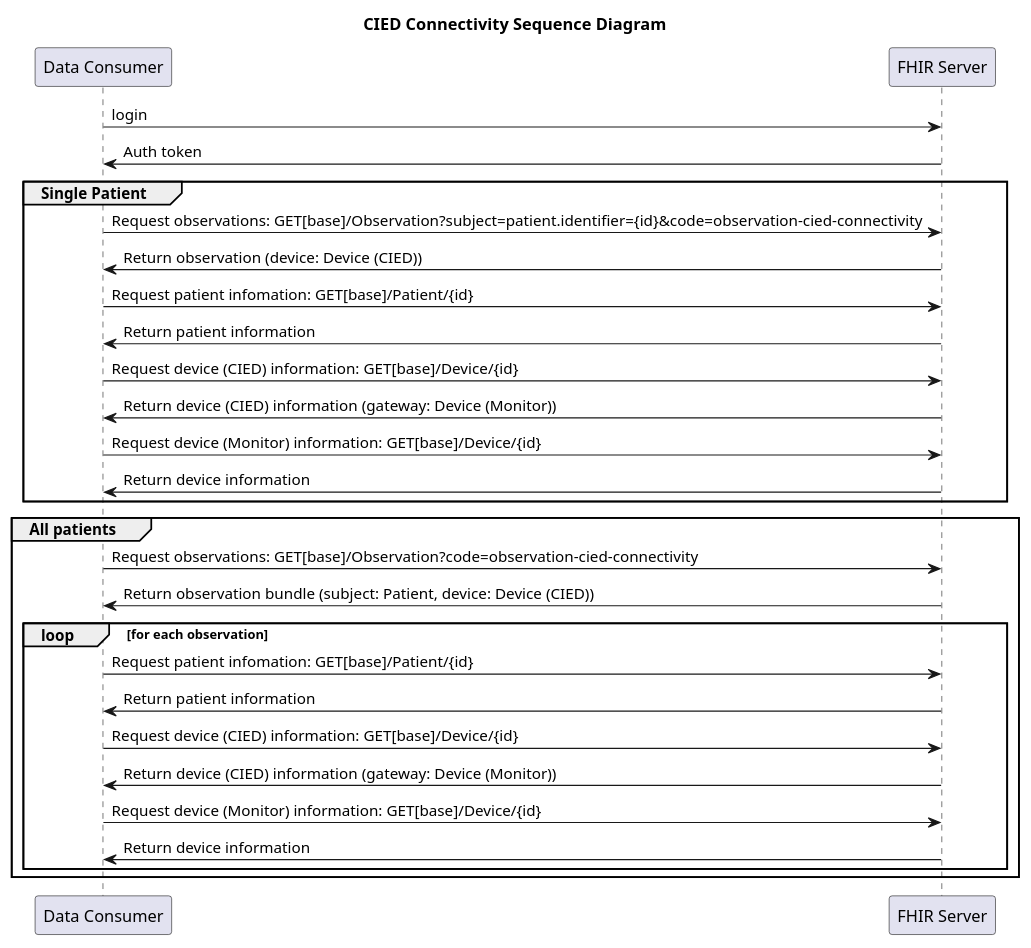
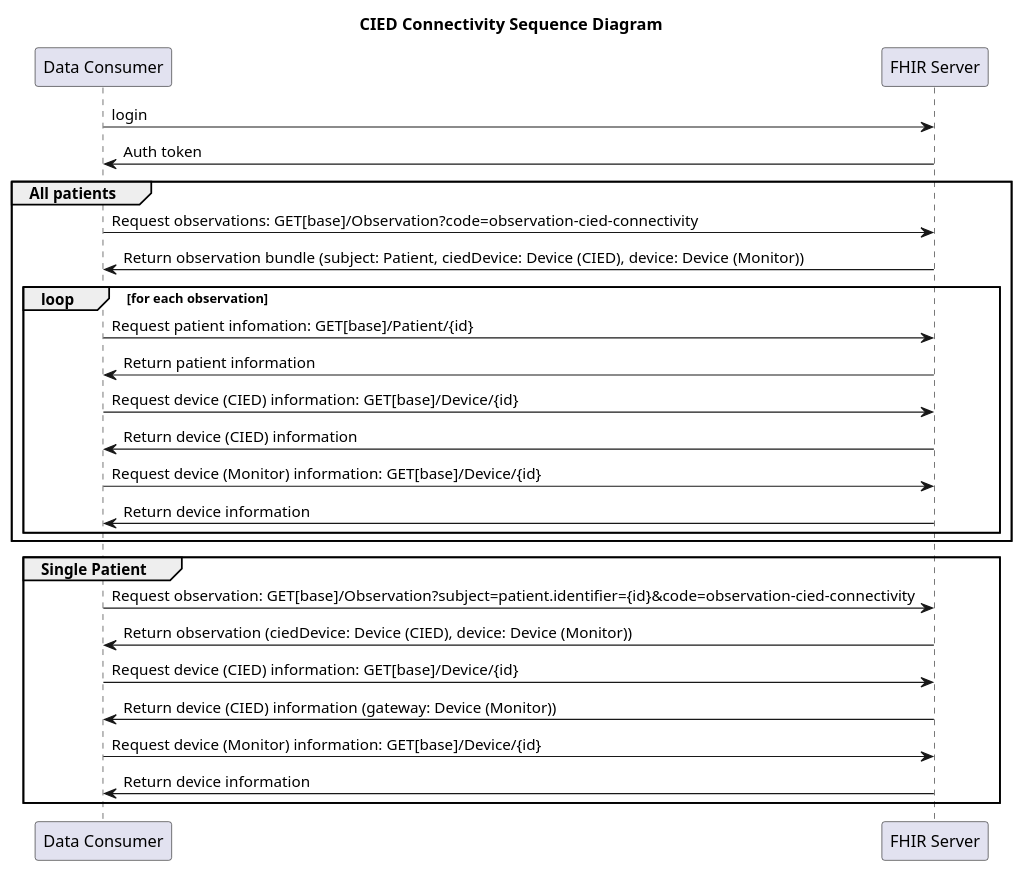
One commit to HL7/CardX-CIED changed the diagram in input/images-source/connectivity-sequence.plantuml. Above: the diagram before and after it, drawn with PlantUML. The commit also changed 9 other files, not shown here.

Commit message:
update sequence diagrams, components

```diff
--- a/input/images-source/connectivity-sequence.plantuml
+++ b/input/images-source/connectivity-sequence.plantuml
@@ -1,35 +1,33 @@
 @startuml
 title CIED Connectivity Sequence Diagram
 
 participant "Data Consumer" as con
 participant "FHIR Server" as FHIR
 
 con -> FHIR : login
 FHIR -> con : Auth token
 
+group All patients
+    con -> FHIR : Request observations: GET[base]/Observation?code=observation-cied-connectivity
+    FHIR -> con : Return observation bundle (subject: Patient, ciedDevice: Device (CIED), device: Device (Monitor))
+
+    loop for each observation
+        con -> FHIR : Request patient infomation: GET[base]/Patient/{id}
+        FHIR -> con : Return patient information
+        con -> FHIR : Request device (CIED) information: GET[base]/Device/{id}
+        FHIR -> con : Return device (CIED) information
+        con -> FHIR : Request device (Monitor) information: GET[base]/Device/{id}
+        FHIR -> con : Return device information    
+    end
+end
+
 group Single Patient
-    con -> FHIR : Request observations: GET[base]/Observation?subject=patient.identifier={id}&code=observation-cied-connectivity
-    FHIR -> con : Return observation (device: Device (CIED))
-    con -> FHIR : Request patient infomation: GET[base]/Patient/{id}
-    FHIR -> con : Return patient information
+    con -> FHIR : Request observation: GET[base]/Observation?subject=patient.identifier={id}&code=observation-cied-connectivity
+    FHIR -> con : Return observation (ciedDevice: Device (CIED), device: Device (Monitor))
     con -> FHIR : Request device (CIED) information: GET[base]/Device/{id}
     FHIR -> con : Return device (CIED) information (gateway: Device (Monitor))
     con -> FHIR : Request device (Monitor) information: GET[base]/Device/{id}
     FHIR -> con : Return device information    
     end
 
-group All patients
-    con -> FHIR : Request observations: GET[base]/Observation?code=observation-cied-connectivity
-    FHIR -> con : Return observation bundle (subject: Patient, device: Device (CIED))
-
-    loop for each observation
-        con -> FHIR : Request patient infomation: GET[base]/Patient/{id}
-        FHIR -> con : Return patient information
-        con -> FHIR : Request device (CIED) information: GET[base]/Device/{id}
-        FHIR -> con : Return device (CIED) information (gateway: Device (Monitor))
-        con -> FHIR : Request device (Monitor) information: GET[base]/Device/{id}
-        FHIR -> con : Return device information    
-    end
-end
-
 @enduml
```
